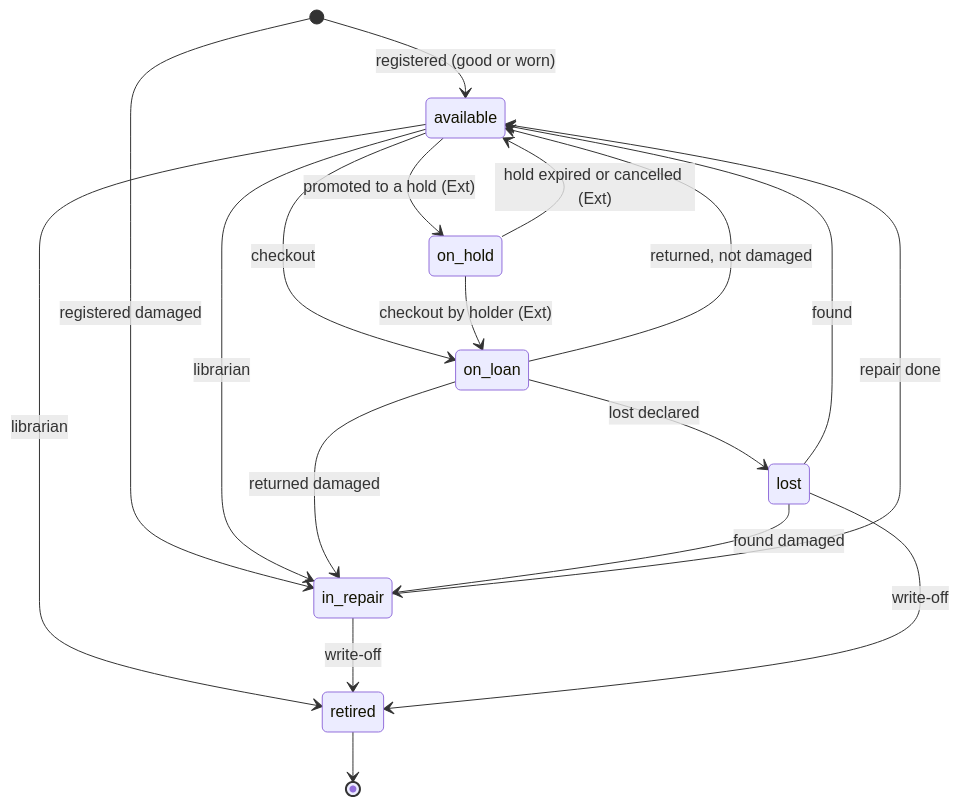
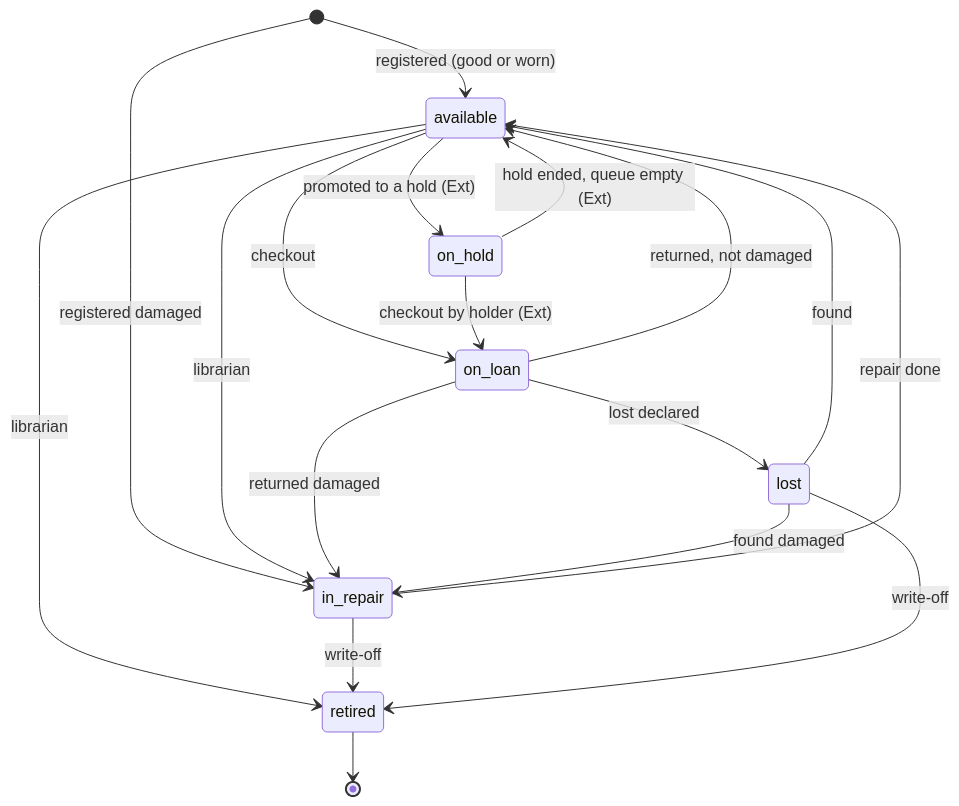
The fourth of 23 diagrams in ARCHITECTURE.md (ThinhLC/uitlib), drawn with Mermaid before and after one commit. The commit also changed other lines of this file and 1 other file, not shown here.

First line of the commit message:
docs: describe reservations and holds as built in ARCHITECTURE and contract

````diff
--- a/ARCHITECTURE.md
+++ b/ARCHITECTURE.md
@@ -575,20 +579,20 @@
 ```mermaid
 stateDiagram-v2
   [*] --> available : registered (good or worn)
   [*] --> in_repair : registered damaged
   available --> on_loan : checkout
   available --> in_repair : librarian
   available --> retired : librarian
   on_loan --> available : returned, not damaged
   on_loan --> in_repair : returned damaged
   on_loan --> lost : lost declared
   in_repair --> available : repair done
   in_repair --> retired : write-off
   lost --> available : found
   lost --> in_repair : found damaged
   lost --> retired : write-off
   available --> on_hold : promoted to a hold (Ext)
   on_hold --> on_loan : checkout by holder (Ext)
-  on_hold --> available : hold expired or cancelled (Ext)
+  on_hold --> available : hold ended, queue empty (Ext)
   retired --> [*]
 ```
````
